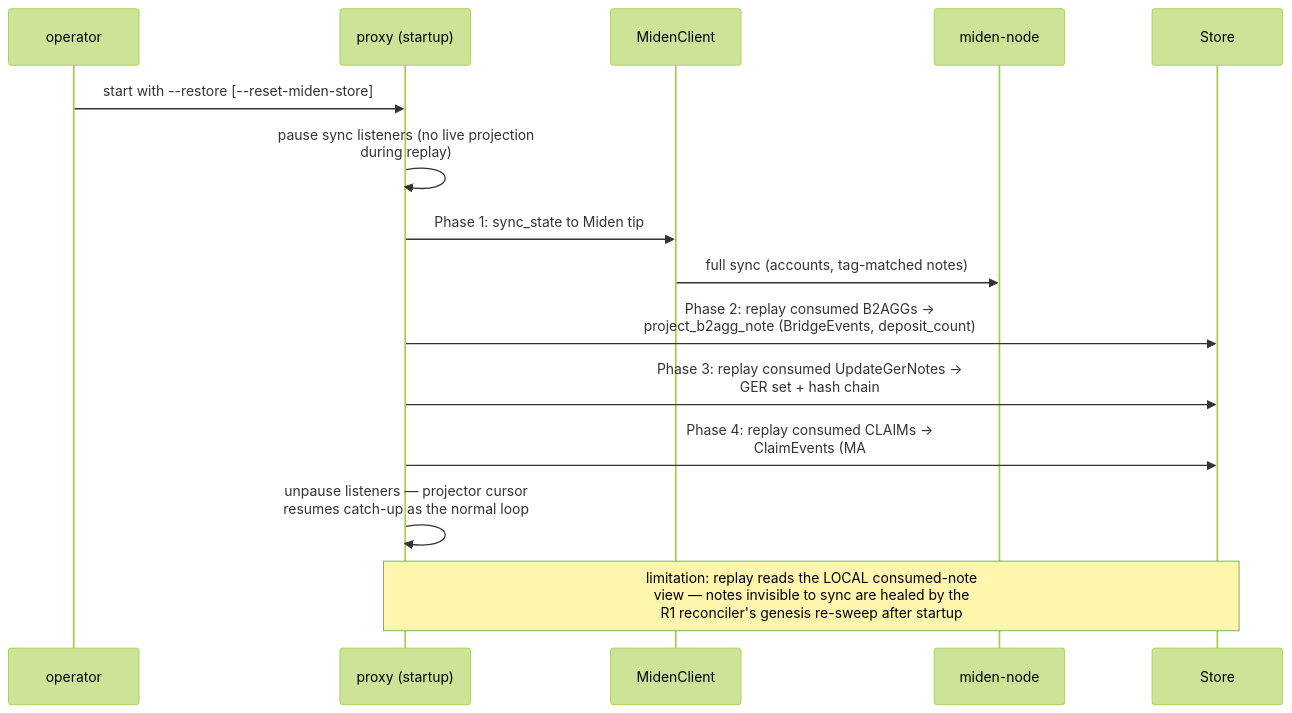
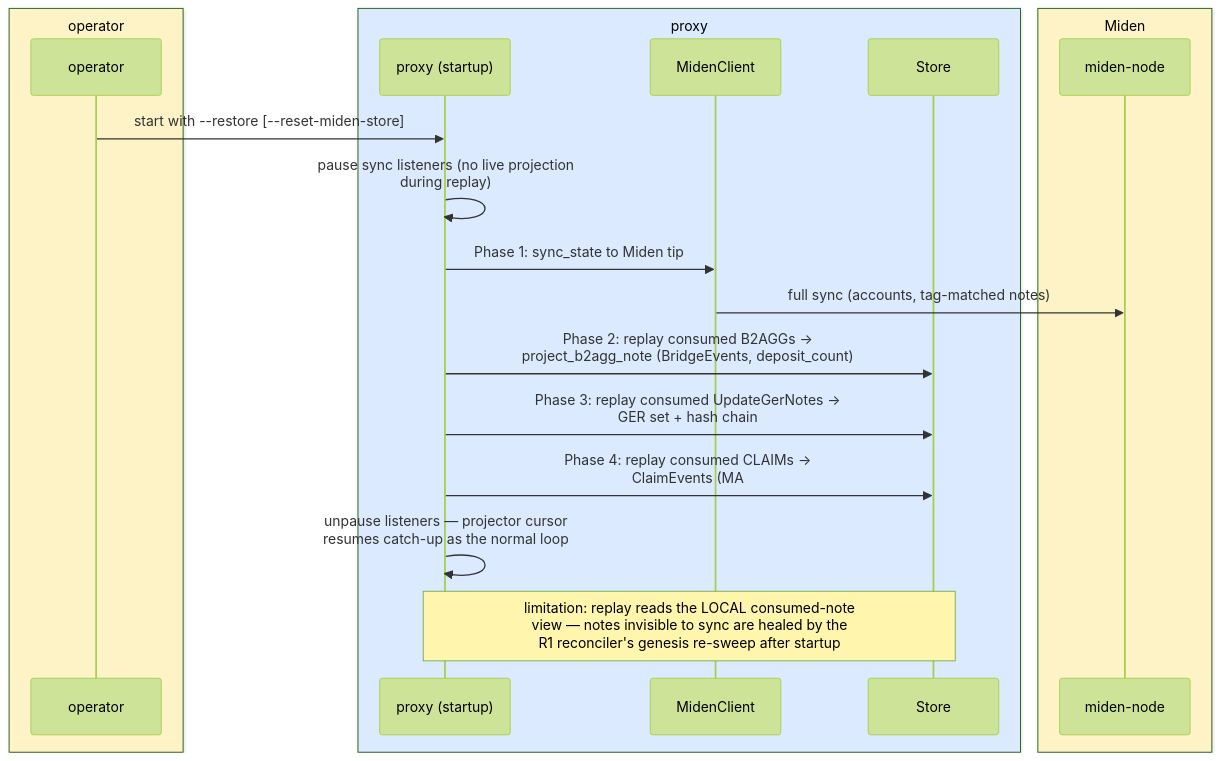
The sixth of 7 diagrams in docs/ARCHITECTURE.md (gateway-fm/miden-agglayer), drawn with Mermaid (forest theme) before and after one commit. The commit also changed other lines of this file, not shown here.

Commit message:
docs: color-code sequence diagrams (box grouping: proxy=blue, external=amber)

````diff
--- a/docs/ARCHITECTURE.md
+++ b/docs/ARCHITECTURE.md
@@ -223,18 +245,24 @@
 ```mermaid
 sequenceDiagram
-    participant OP as operator
-    participant PX as proxy (startup)
-    participant MC as MidenClient
-    participant N as miden-node
-    participant ST as Store
+    box rgb(254,243,199) operator
+        participant OP as operator
+    end
+    box rgb(219,234,254) proxy
+        participant PX as proxy (startup)
+        participant MC as MidenClient
+        participant ST as Store
+    end
+    box rgb(254,243,199) Miden
+        participant N as miden-node
+    end
 
     OP->>PX: start with --restore [--reset-miden-store]
     PX->>PX: pause sync listeners (no live projection<br/>during replay)
     PX->>MC: Phase 1: sync_state to Miden tip
     MC->>N: full sync (accounts, tag-matched notes)
     PX->>ST: Phase 2: replay consumed B2AGGs →<br/>project_b2agg_note (BridgeEvents, deposit_count)
     PX->>ST: Phase 3: replay consumed UpdateGerNotes →<br/>GER set + hash chain
     PX->>ST: Phase 4: replay consumed CLAIMs →<br/>ClaimEvents (MA#27 synthesis)
     PX->>PX: unpause listeners — projector cursor<br/>resumes catch-up as the normal loop
     Note over PX,ST: limitation: replay reads the LOCAL consumed-note<br/>view — notes invisible to sync are healed by the<br/>R1 reconciler's genesis re-sweep after startup
 ```
````
